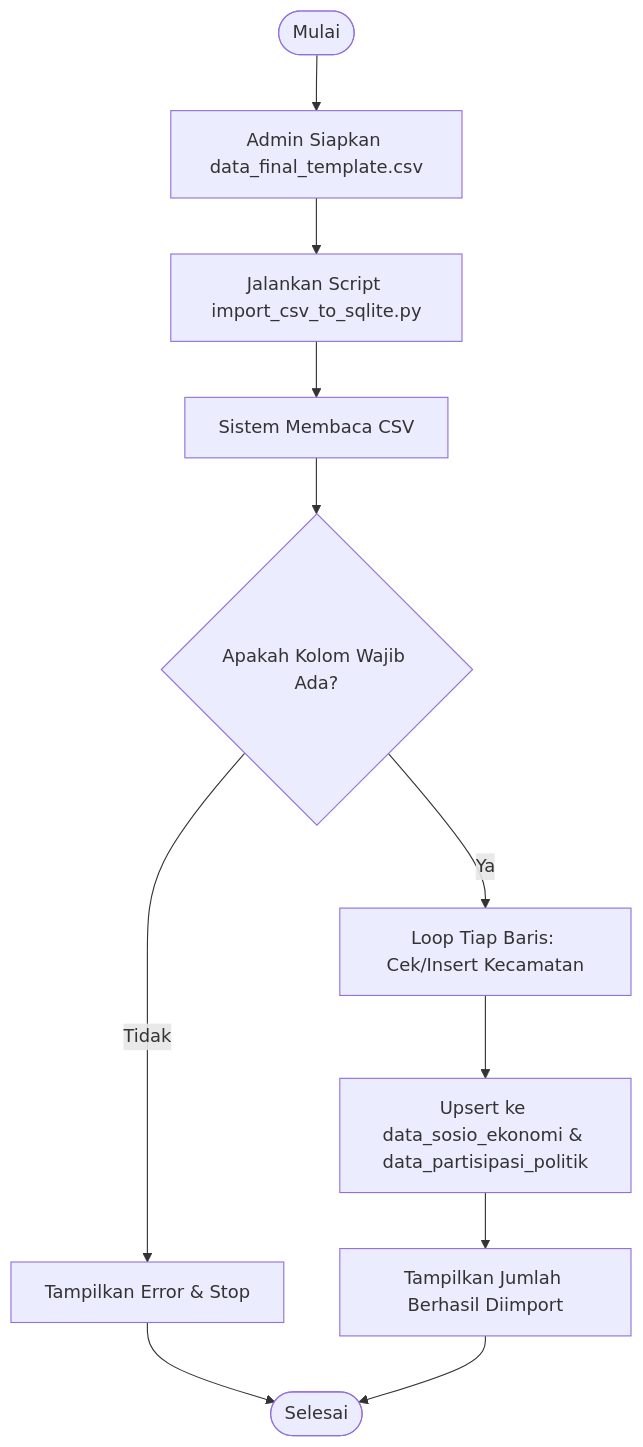
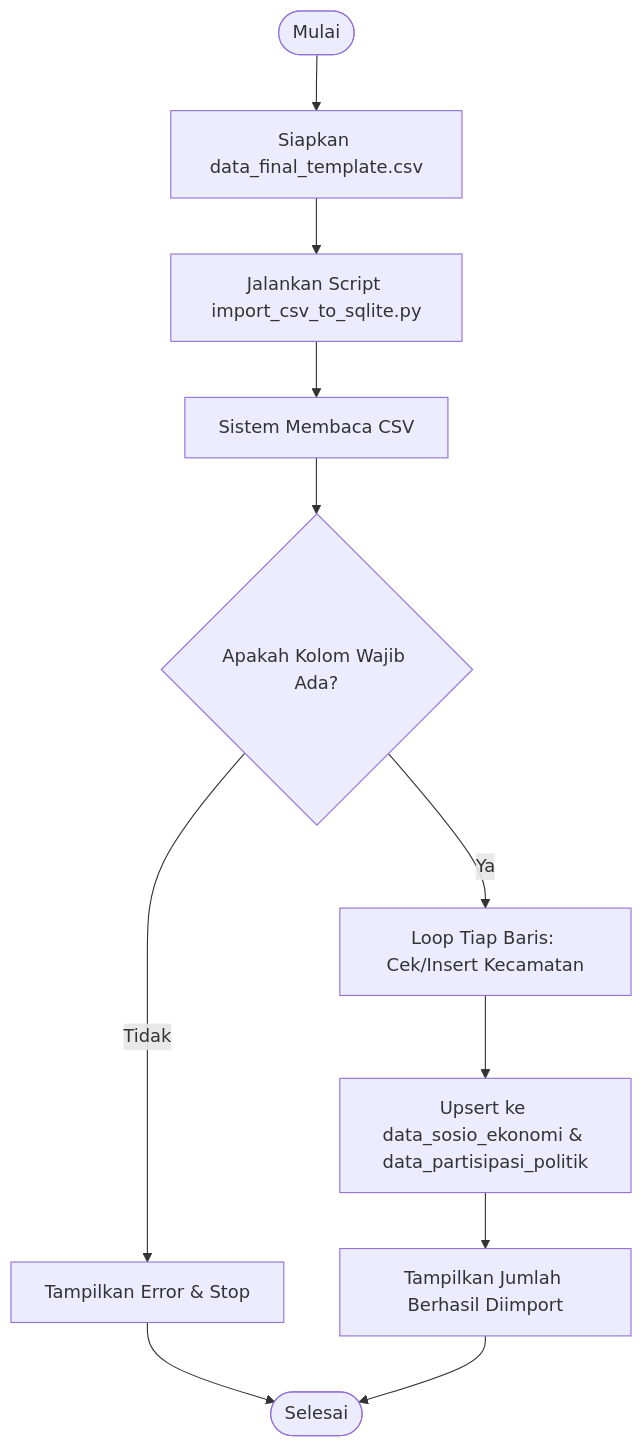
Before and after one commit to mhmmdo/polpart: the second of 7 diagrams in docs/FLOWCHART_SISTEM.md, drawn with Mermaid. The commit also changed other lines of this file and 11 other files, not shown here.

````diff
--- a/docs/FLOWCHART_SISTEM.md
+++ b/docs/FLOWCHART_SISTEM.md
@@ -47,13 +47,13 @@
 ```mermaid
 flowchart TD
-    A([Mulai]) --> B[Admin Siapkan data_final_template.csv]
+    A([Mulai]) --> B[Siapkan data_final_template.csv]
     B --> C[Jalankan Script import_csv_to_sqlite.py]
     C --> D[Sistem Membaca CSV]
     D --> E{Apakah Kolom Wajib Ada?}
     E -- Tidak --> F[Tampilkan Error & Stop]
     E -- Ya --> G[Loop Tiap Baris: Cek/Insert Kecamatan]
     G --> H[Upsert ke data_sosio_ekonomi & data_partisipasi_politik]
     H --> I[Tampilkan Jumlah Berhasil Diimport]
     F --> J([Selesai])
     I --> J
 ```
````
